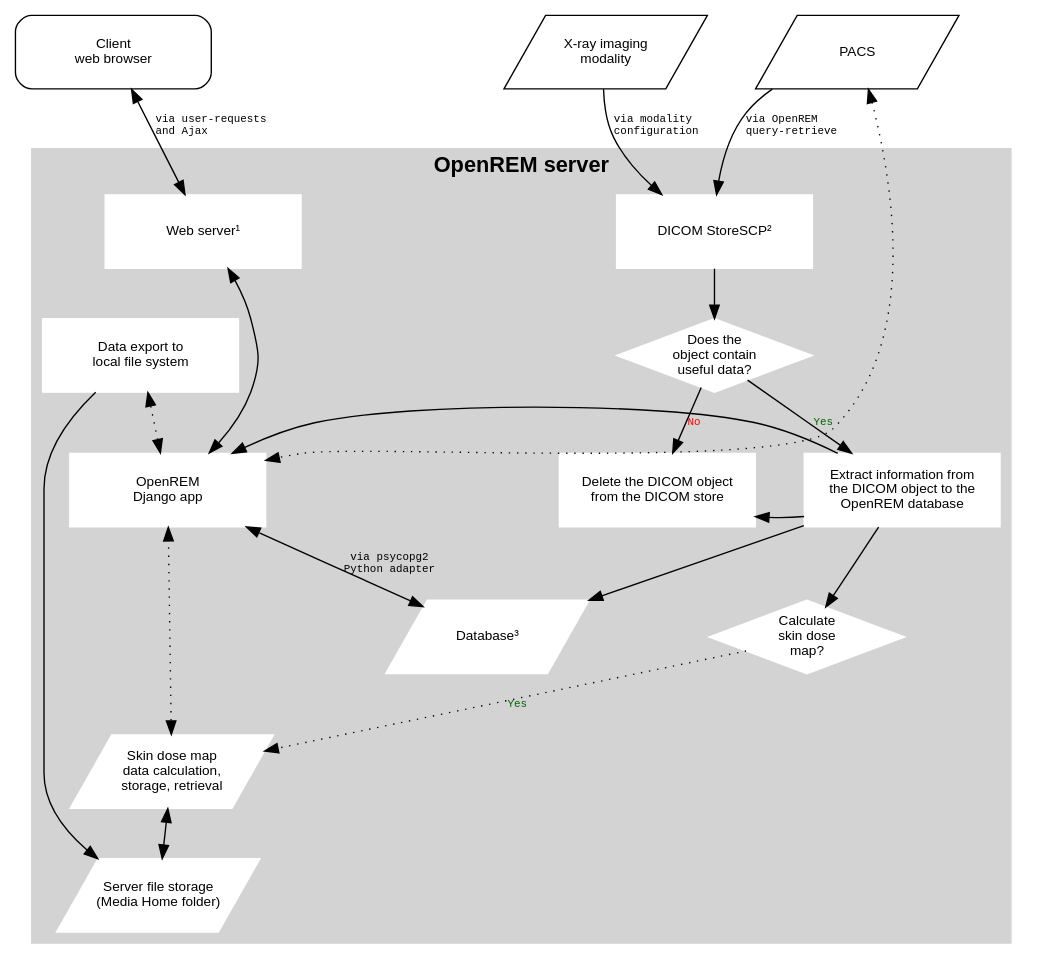
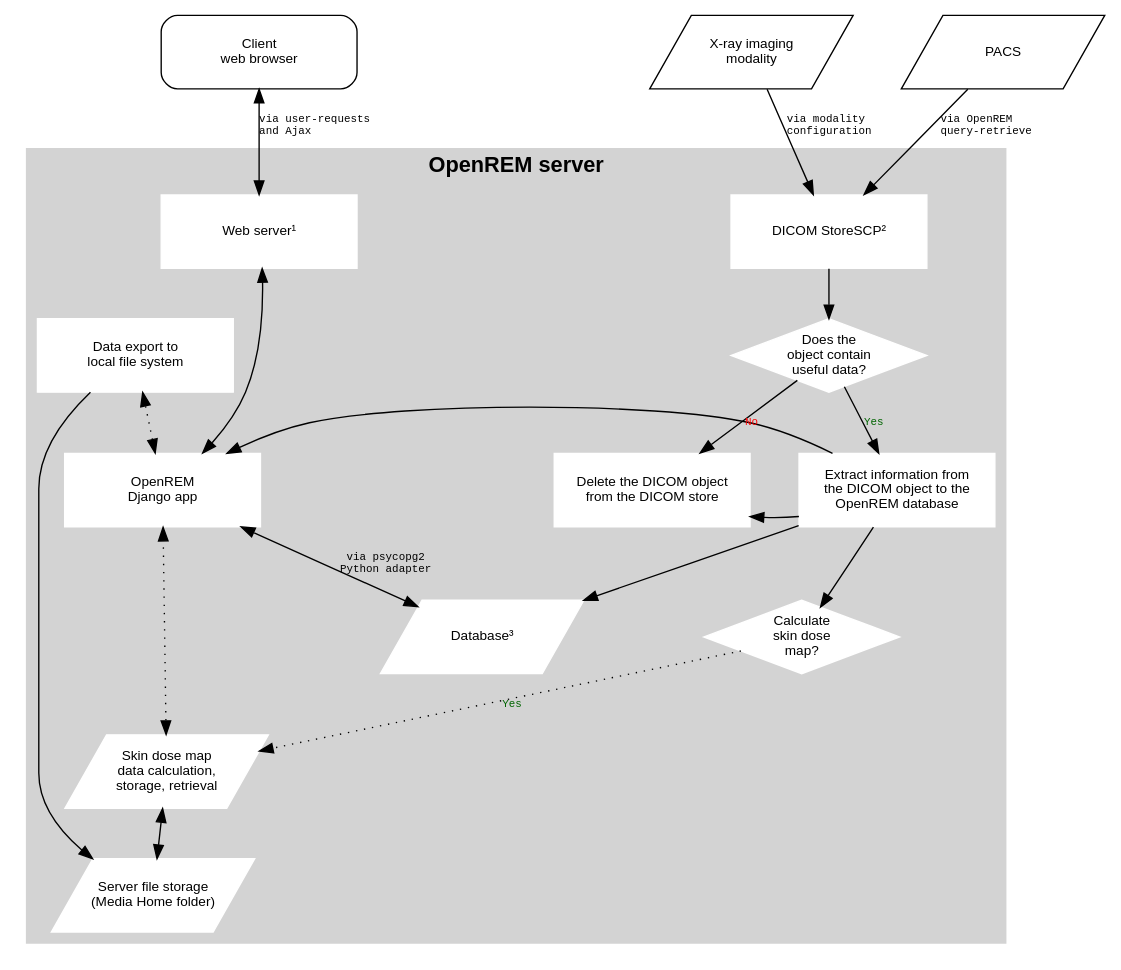
The diagram in docs/systemdiagram.rst (themorlan/openREM), drawn with Graphviz before and after one commit.

Commit message:
Removing PACS - OpenREM line, not sure what it represents. Complete mess currently, can tidy later! Refs #788 [skip ci] docs only

```diff
--- a/docs/systemdiagram.rst
+++ b/docs/systemdiagram.rst
@@ -4,72 +4,72 @@
 .. graphviz::
 
    digraph {
       node [fixedsize=true width=2.0 height=0.75 fontsize=10 margin="0.0,0.0"];
 
       // Define the things on the server
       subgraph cluster_server {
 
          label="OpenREM server";
          tooltip="The server";
          fontname="Helvetica-bold";
          fontsize=16;
          style=filled;
          color=lightgrey;
          node [style=filled color=white];
 
          // Define the nodes for the data storage, display and retrieval
          webserver [label="Web server&sup1;" fontname="Helvetica" tooltip="Serve web pages to the user" shape="box"];
          python_django [label="OpenREM\nDjango app" fontname="Helvetica" tooltip="Python web framework" shape="box"];
          database [label="Database&sup3;" fontname="Helvetica" tooltip="Relational database management system" shape="parallelogram"];
          skin_dose_map_data [label="Skin dose map\ndata calculation,\nstorage, retrieval" fontname="Helvetica" tooltip="Calculate, store and retrieve skin dose map data" shape="parallelogram"];
          server_media_folder [label="Server file storage\n(Media Home folder)" fontname="Helvetica" tooltip="File storage on the server" shape="parallelogram"];
          data_export [label="Data export to\nlocal file system" fontname="Helvetica" tooltip="Files are made available to the user via a web page URL" shape="box"];
 
          // Define the links between the data storage, display and retrieval
          webserver -> python_django [dir=both];
          python_django -> database [dir=both label="via psycopg2\nPython adapter" fontsize=8 fontname="Courier"];
          skin_dose_map_data -> server_media_folder [dir=both];
          skin_dose_map_data -> python_django [style=dotted dir=both];
          data_export -> server_media_folder;
          data_export -> python_django [style=dotted dir=both];
 
          // Define the nodes for the DICOM store, database population and skin dose map calculation
          conquest [label="DICOM StoreSCP&sup2;" fontname="Helvetica" tooltip="Conquest, acting as a DICOM storage SCP" shape="box"];
          conquest_script [shape=diamond label="Does the\nobject contain\nuseful data?" fontname="Helvetica" tooltip="Process the rules in dicom.ini"];
          populate_database [label="Extract information from\nthe DICOM object to the\nOpenREM database" fontname="Helvetica", tooltip="Extract data using OpenREM's python scripts" shape="box"];
          delete_object [label="Delete the DICOM object\nfrom the DICOM store" fontname="Helvetica" tooltip="Delete the DICOM object from the local store SCP" shape="box"];
          calc_skin_dose_map [shape=diamond label="Calculate\nskin dose\nmap?" fontname="Helvetica" tooltip="Calculate the skin dose map?"];
          blank_node_1 [shape=none style=invisible];
 
          // Define the links between the DICOM store, database population and skin dose map calculation
          conquest_script -> populate_database [label="Yes" fontcolor=darkgreen fontsize=8 fontname="Courier"];
          populate_database -> delete_object;
          conquest_script -> delete_object [label="No" fontcolor=red fontsize=8 fontname="Courier"];
          conquest -> conquest_script;
          populate_database -> calc_skin_dose_map;
 
          // Define the links between the two groups
          populate_database -> database
          python_django -> populate_database [dir=back]
          calc_skin_dose_map -> skin_dose_map_data [style=dotted label="Yes" fontcolor=darkgreen fontsize=8 fontname="Courier"]
 
          // Force certain nodes to be on the same level so that the diagram looks good (hopefully)
          {rank=same; webserver conquest};
          {rank=same; python_django->blank_node_1->delete_object->populate_database [style=invis]; rankdir=LR;}
       }
 
       // Define the web browser, modality and pacs nodes
       web_browser [label="Client\nweb browser" fontname="Helvetica" tooltip="The user's web browser" shape="box" style=rounded];
       modality [label="X-ray imaging\nmodality" fontname="Helvetica" tooltip="Data send from an x-ray imaging modality" shape="parallelogram"];
       pacs [label="PACS" fontname="Helvetica" tooltip="A Picture Archiving and Communication System" shape="parallelogram"];
       blank_node_2 [label="" shape=none];
 
       // Define the links that the browser, modality and pacs have
       web_browser -> webserver [dir=both label="via user-requests\land Ajax\l" fontsize=8 fontname="Courier" tooltip="Ajax used to retrieve chart data"];
       modality -> conquest [label="via modality\lconfiguration\l" fontsize=8 fontname="Courier"];
       pacs -> conquest [label="via OpenREM\lquery-retrieve\l" fontsize=8 fontname="Courier"];
-      pacs -> python_django [style=dotted dir=both];
+      // pacs -> python_django [style=dotted dir=both];
 
       // Force the web browser, blank node, modality and pacs to be on the same level in a specific order
       {rank=same; web_browser->blank_node_2->modality->pacs [style=invis]; rankdir=LR;};
    }
```
